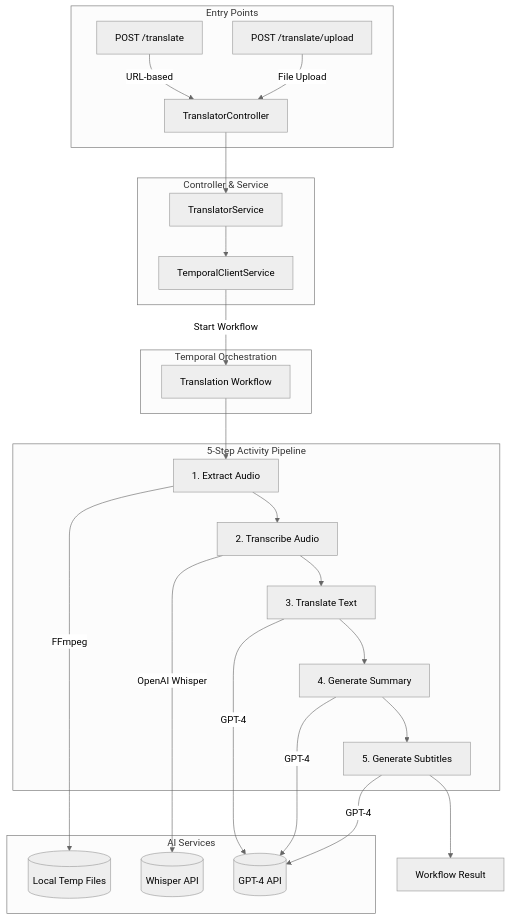
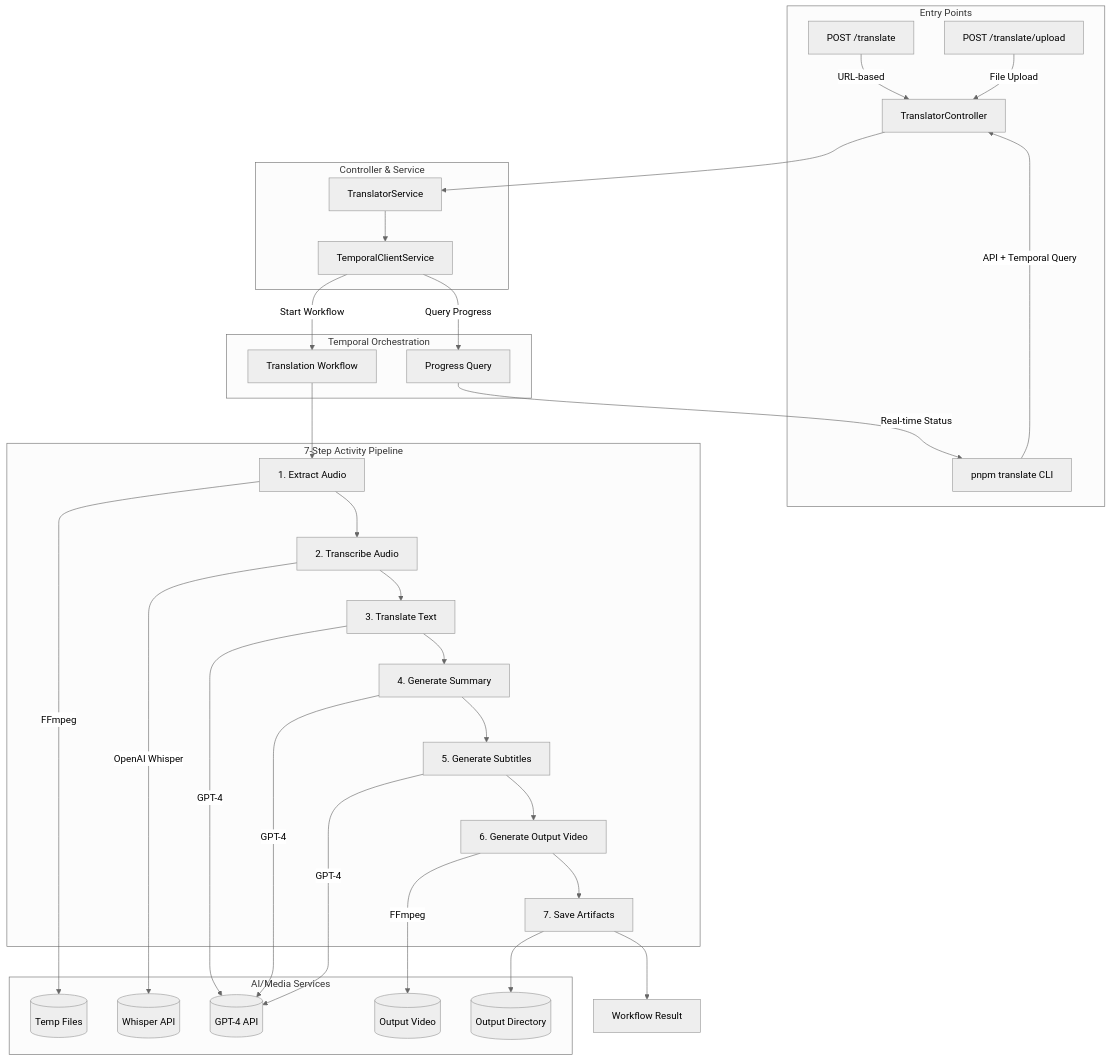
The diagram in src/orchestrator/workflows/README.md (mortdiggiddy/video-translator), drawn with Mermaid (neutral theme) before and after one commit. The commit also changed other lines of this file and 17 other files, not shown here.

````diff
--- a/src/orchestrator/workflows/README.md
+++ b/src/orchestrator/workflows/README.md
@@ -5,34 +5,41 @@
 ```mermaid
 flowchart TB
     subgraph "Entry Points"
         A[POST /translate] -->|URL-based| C
         B[POST /translate/upload] -->|File Upload| C
+        CLI[pnpm translate CLI] -->|API + Temporal Query| C
     end
 
     subgraph "Controller & Service"
         C[TranslatorController] --> D[TranslatorService]
         D --> E[TemporalClientService]
     end
 
     subgraph "Temporal Orchestration"
         E -->|Start Workflow| F[Translation Workflow]
+        E -->|Query Progress| PQ[Progress Query]
     end
 
-    subgraph "5-Step Activity Pipeline"
+    subgraph "7-Step Activity Pipeline"
         F --> G[1. Extract Audio]
         G --> H[2. Transcribe Audio]
         H --> I[3. Translate Text]
         I --> J[4. Generate Summary]
         J --> K[5. Generate Subtitles]
+        K --> L[6. Generate Output Video]
+        L --> M[7. Save Artifacts]
     end
 
-    subgraph "AI Services"
-        G -->|FFmpeg| L[(Local Temp Files)]
-        H -->|OpenAI Whisper| M[(Whisper API)]
-        I -->|GPT-4| N[(GPT-4 API)]
-        J -->|GPT-4| N
-        K -->|GPT-4| N
+    subgraph "AI/Media Services"
+        G -->|FFmpeg| TMP[(Temp Files)]
+        H -->|OpenAI Whisper| API1[(Whisper API)]
+        I -->|GPT-4| API2[(GPT-4 API)]
+        J -->|GPT-4| API2
+        K -->|GPT-4| API2
+        L -->|FFmpeg| OUT[(Output Video)]
+        M --> DISK[(Output Directory)]
     end
 
-    K --> O[Workflow Result]
+    M --> O[Workflow Result]
+    PQ -->|Real-time Status| CLI
 ```
````
